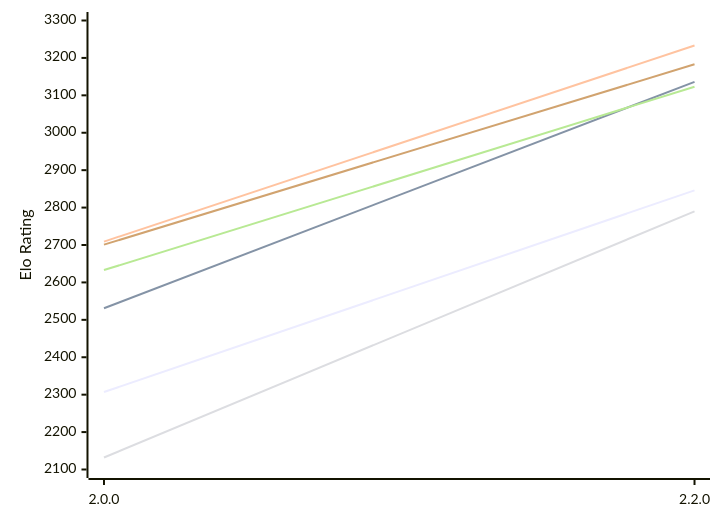
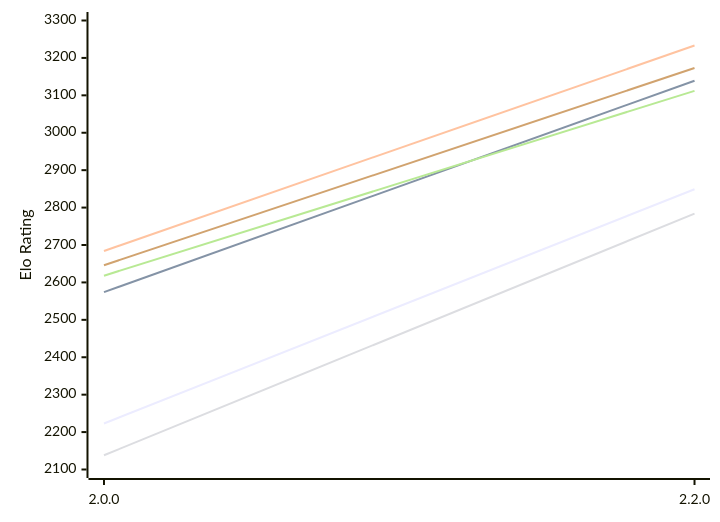
One commit to computer-chess-index/cci changed the first of 2 diagrams in engines/SoloEngine.md. Above: the diagram before and after it, drawn with Mermaid. The commit also changed other lines of this file, not shown here.

Commit message:
Update CCI Ratings (ELO VLTC) - 2026-11-15

````diff
--- a/engines/SoloEngine.md
+++ b/engines/SoloEngine.md
@@ -55,12 +55,12 @@
 ```mermaid
 %%{init: {"theme":"base","themeVariables":{"seriesColors:['#a3a3a3','#222221','#faa371']}}}%%
 xychart-beta
   x-axis ["2.0.0", "2.2.0"]
   y-axis "Elo Rating" 2100 --> 3300
-  line "E1: STC (8.0+0.08s)" [2307, 2846]
-  line "E1: LTC (60.0+0.60s)" [2531, 3136]
-  line "E1: VLTC (2m24s+1.12s)" [2709, 3233]
-  line "P1: STC (8.0+0.08s)" [2132, 2790]
-  line "P1: LTC (60.0+0.60s)" [2633, 3123]
-  line "P1: VLTC (2m24s+1.12s)" [2701, 3183]
+  line "E1: STC (8.0+0.08s)" [2223, 2849]
+  line "E1: LTC (60.0+0.60s)" [2574, 3139]
+  line "E1: VLTC (2m24s+1.12s)" [2684, 3233]
+  line "P1: STC (8.0+0.08s)" [2138, 2784]
+  line "P1: LTC (60.0+0.60s)" [2618, 3112]
+  line "P1: VLTC (2m24s+1.12s)" [2646, 3173]
 ```
````
